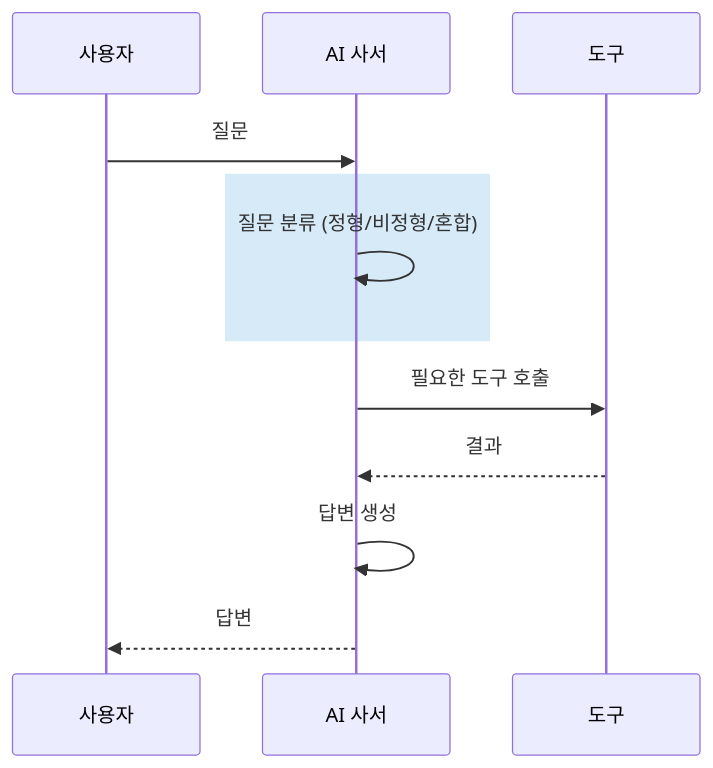
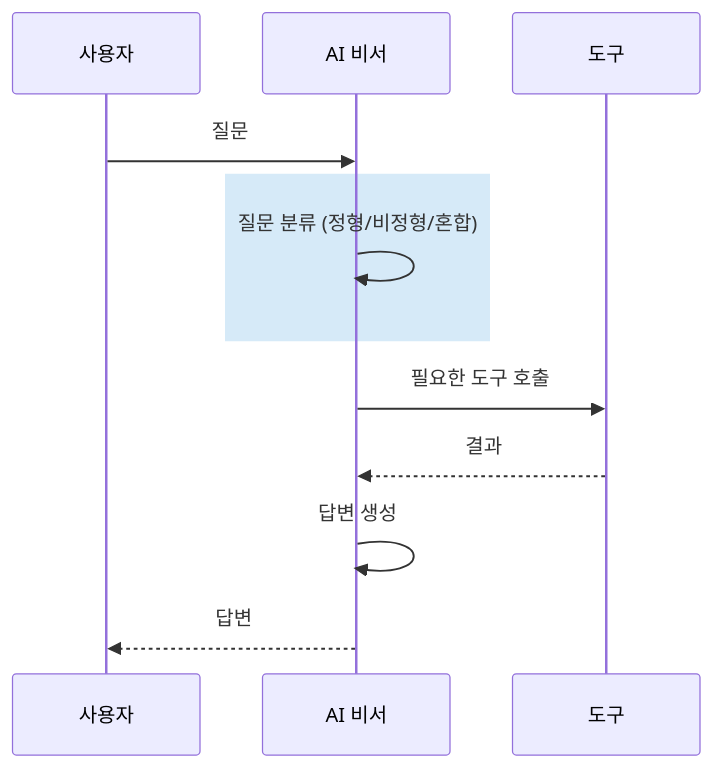
One commit to edu-openskill/lecture-book-workflow changed the second of 4 diagrams in projects/사내AI비서_v2/chapters/06-연차도-규정도-한번에.md. Above: the diagram before and after it, drawn with Mermaid. The commit also changed other lines of this file and 6 other files, not shown here.

````diff
--- a/projects/사내AI비서_v2/chapters/06-연차도-규정도-한번에.md
+++ b/projects/사내AI비서_v2/chapters/06-연차도-규정도-한번에.md
@@ -379,11 +379,11 @@
 ```mermaid
 sequenceDiagram
-    사용자->>AI 사서: 질문
+    사용자->>AI 비서: 질문
     rect rgb(214, 234, 248)
-        AI 사서->>AI 사서: 질문 분류 (정형/비정형/혼합)
+        AI 비서->>AI 비서: 질문 분류 (정형/비정형/혼합)
     end
-    AI 사서->>도구: 필요한 도구 호출
-    도구-->>AI 사서: 결과
-    AI 사서->>AI 사서: 답변 생성
-    AI 사서-->>사용자: 답변
+    AI 비서->>도구: 필요한 도구 호출
+    도구-->>AI 비서: 결과
+    AI 비서->>AI 비서: 답변 생성
+    AI 비서-->>사용자: 답변
 ```
````
